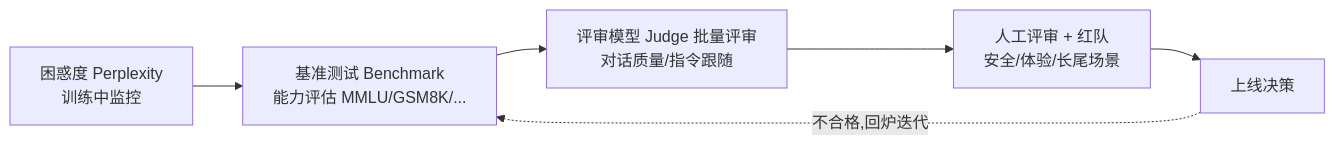
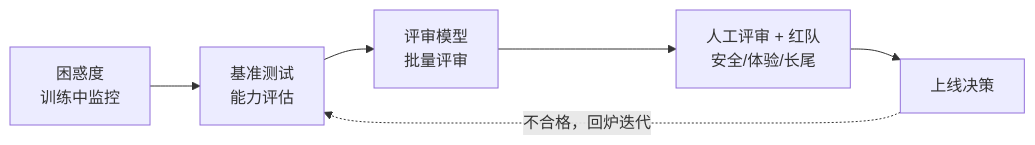
The third of 3 diagrams in 2. Alignment 与训练工程/11. 大模型评测（LLM Evaluation）——评价方法与局限.md (AI-learning-simple/Build-Your-Own-LLM), drawn with Mermaid before and after one commit. The commit also changed other lines of this file and 65 other files, not shown here.

````diff
--- a/2. Alignment 与训练工程/11. 大模型评测（LLM Evaluation）——评价方法与局限.md
+++ b/2. Alignment 与训练工程/11. 大模型评测（LLM Evaluation）——评价方法与局限.md
@@ -110,5 +161,5 @@
 ```mermaid
 flowchart LR
-    A[困惑度 Perplexity<br/>训练中监控] --> B[基准测试 Benchmark<br/>能力评估 MMLU/GSM8K/...] --> C[评审模型 Judge 批量评审<br/>对话质量/指令跟随] --> D[人工评审 + 红队<br/>安全/体验/长尾场景] --> E[上线决策]
-    E -.->|"不合格,回炉迭代"| B
+    A[困惑度<br/>训练中监控] --> B[基准测试<br/>能力评估] --> C[评审模型<br/>批量评审] --> D[人工评审 + 红队<br/>安全/体验/长尾] --> E[上线决策]
+    E -.->|"不合格，回炉迭代"| B
 ```
````
